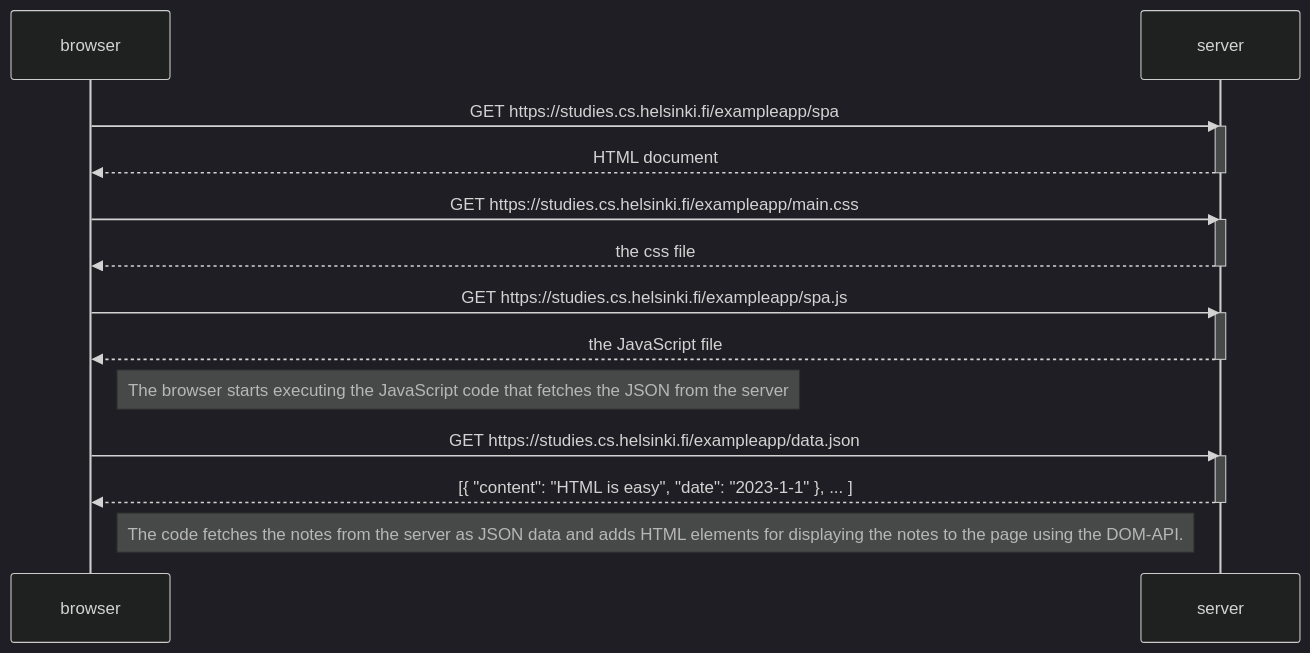
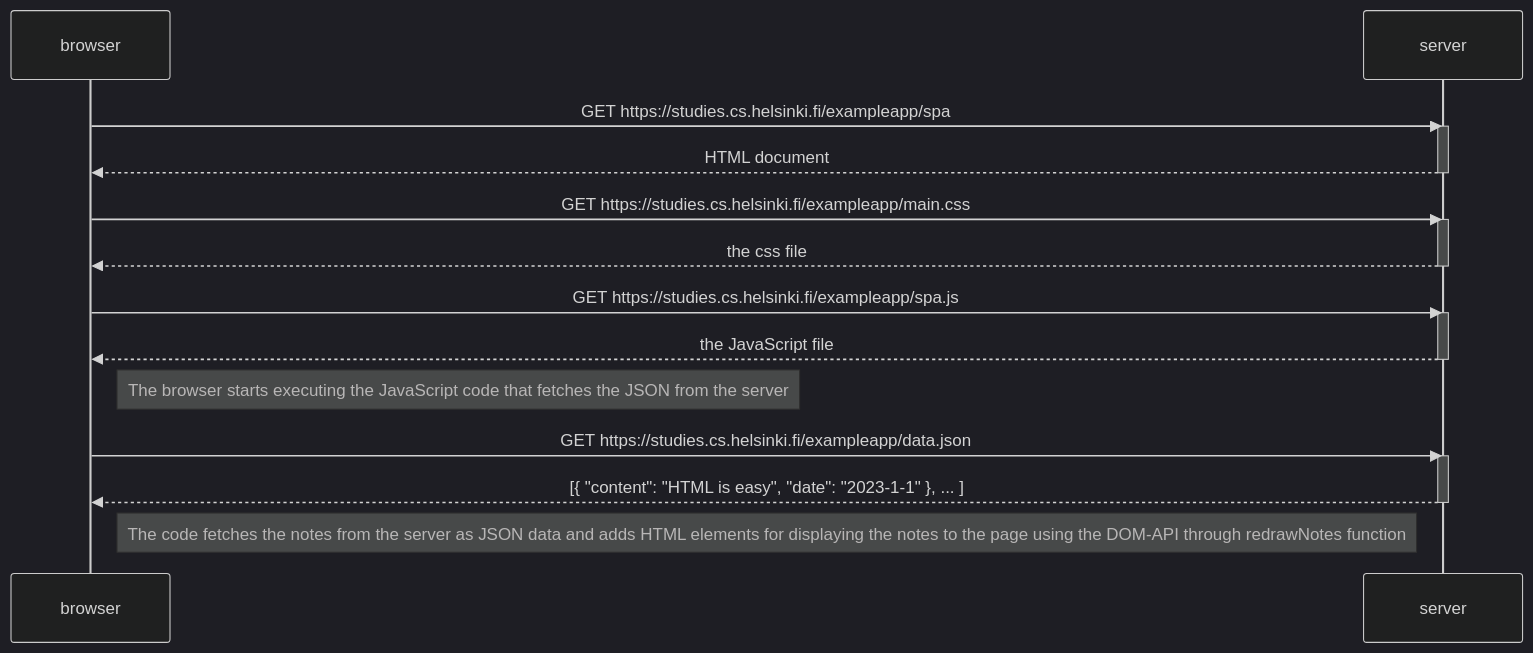
Before and after one commit to mmarhalim/part0: the diagram in 0.5.md, drawn with Mermaid (dark theme).

````diff
--- a/0.5.md
+++ b/0.5.md
@@ -1,31 +1,31 @@
 ```mermaid
 sequenceDiagram
     participant browser
     participant server
 
     browser->>server: GET https://studies.cs.helsinki.fi/exampleapp/spa
     activate server
     server-->>browser: HTML document
     deactivate server
 
     browser->>server: GET https://studies.cs.helsinki.fi/exampleapp/main.css
     activate server
     server-->>browser: the css file
     deactivate server
 
     browser->>server: GET https://studies.cs.helsinki.fi/exampleapp/spa.js
     activate server
     server-->>browser: the JavaScript file
     deactivate server
 
     Note right of browser: The browser starts executing the JavaScript code that fetches the JSON from the server
 
     browser->>server: GET https://studies.cs.helsinki.fi/exampleapp/data.json
     activate server
     server-->>browser: [{ "content": "HTML is easy", "date": "2023-1-1" }, ... ]
     deactivate server
 
-    Note right of browser: The code fetches the notes from the server as JSON data and adds HTML elements for displaying the notes to the page using the DOM-API.
+    Note right of browser: The code fetches the notes from the server as JSON data and adds HTML elements for displaying the notes to the page using the DOM-API through redrawNotes function
 
 
 ```
````
